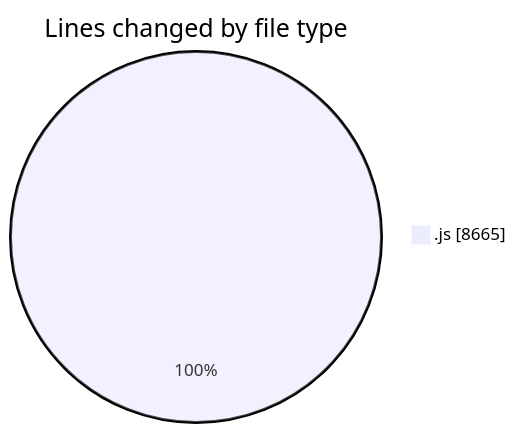
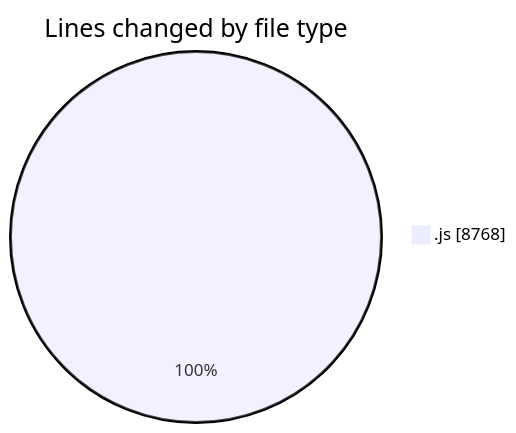
The first of 2 diagrams in 2025-08-11/nxtqube_webapp/README.md (nxtqubesakshisongat/code-tracking), drawn with Mermaid before and after one commit. The commit also changed other lines of this file and 1 other file, not shown here.

````diff
--- a/2025-08-11/nxtqube_webapp/README.md
+++ b/2025-08-11/nxtqube_webapp/README.md
@@ -21,5 +21,5 @@
 ```mermaid
 pie showData
 title Lines changed by file type
-".js" : 8665
+".js" : 8768
 ```
````
